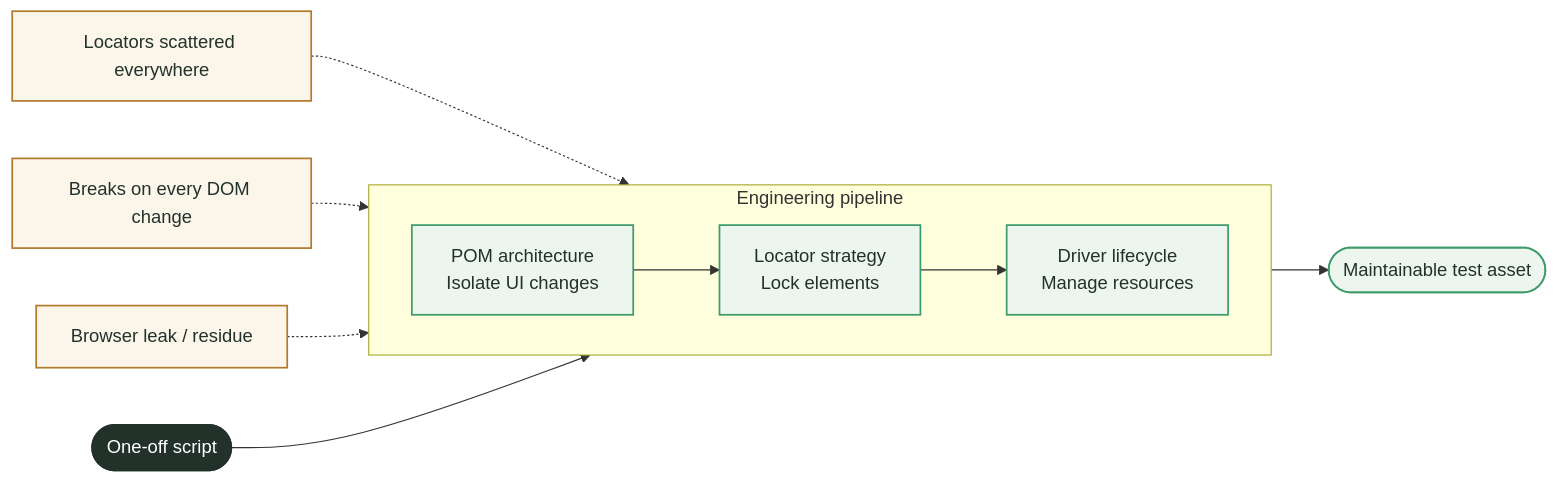
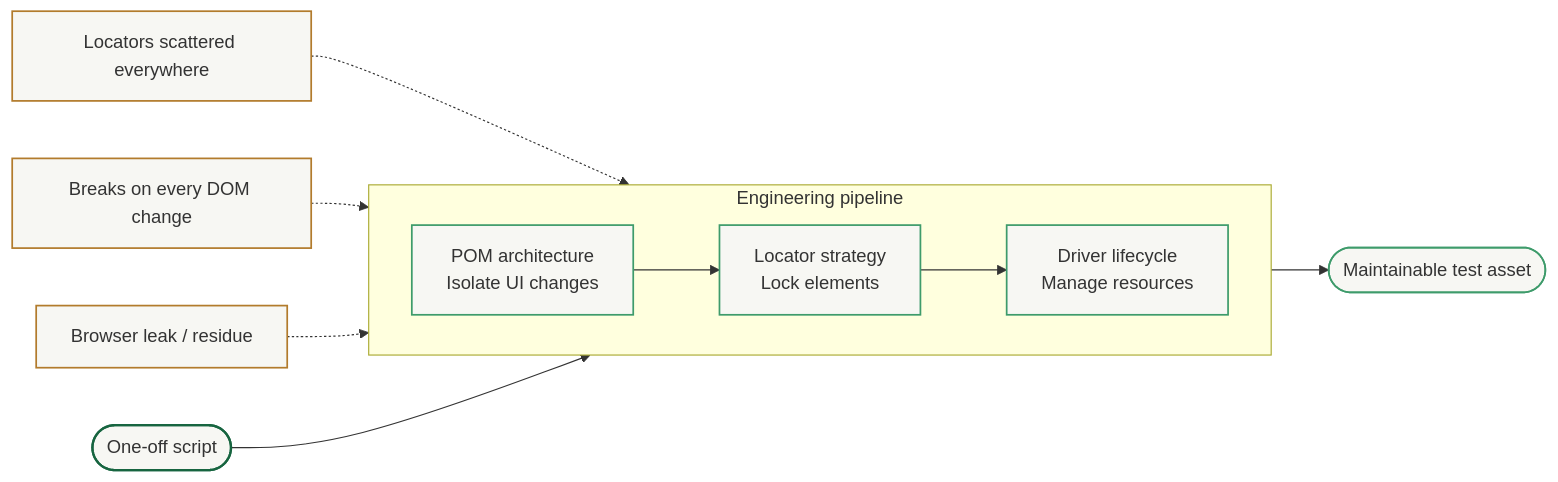
Before and after one commit to Fatejian/frontier-vault: the first of 4 diagrams in docs/en/testing/python-automation-testing-core-concepts.md, drawn with Mermaid. The commit also changed other lines of this file and 65 other files, not shown here.

First line of the commit message:
fix(theme): unify mermaid chart palette and remove solid core fills

````diff
--- a/docs/en/testing/python-automation-testing-core-concepts.md
+++ b/docs/en/testing/python-automation-testing-core-concepts.md
@@ -56,28 +56,28 @@
 ```mermaid
 flowchart LR
     Start(["One-off script"])
 
     subgraph Pipeline["Engineering pipeline"]
         direction LR
         S1["POM architecture<br/>Isolate UI changes"]
         S2["Locator strategy<br/>Lock elements"]
         S3["Driver lifecycle<br/>Manage resources"]
         S1 --> S2 --> S3
     end
 
     End(["Maintainable test asset"])
 
     Start --> Pipeline --> End
 
     P1["Locators scattered everywhere"] -.-> S1
     P2["Breaks on every DOM change"] -.-> S2
     P3["Browser leak / residue"] -.-> S3
 
-    classDef core fill:#22322B,color:#fff,stroke:#22322B,stroke-width:2px
-    classDef work fill:#EDF5EF,stroke:#3E9B6B,color:#22322B,stroke-width:1.5px
-    classDef block fill:#FBF5EA,stroke:#B27B2C,color:#22322B,stroke-width:1.5px
+    classDef core fill:#F7F7F3,stroke:#176540,stroke-width:2px;
+    classDef work fill:#F7F7F3,stroke:#3E9B6B,stroke-width:1.5px;
+    classDef block fill:#F7F7F3,stroke:#B27B2C,stroke-width:1.5px;
 
     class Start core
     class S1,S2,S3,End work
     class P1,P2,P3 block
 ```
````
